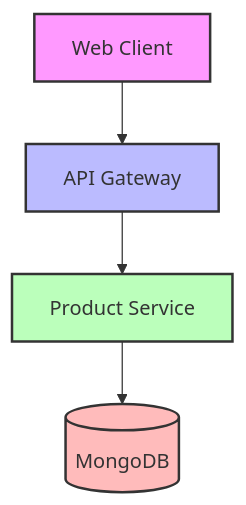
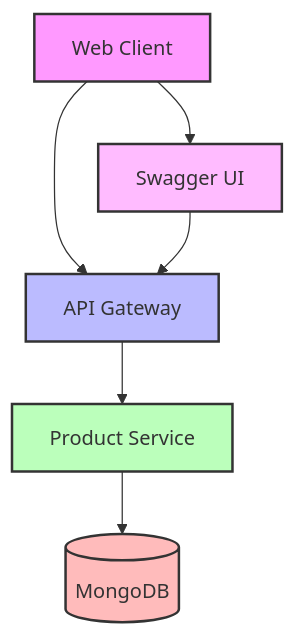
Before and after one commit to onoot/FullNuxtNest: the diagram in README.md, drawn with Mermaid. The commit also changed other lines of this file and 5 other files, not shown here.

````diff
--- a/README.md
+++ b/README.md
@@ -7,11 +7,14 @@
 ```mermaid
 graph TD
     Client[Web Client] --> API[API Gateway]
     API --> ProductService[Product Service]
     ProductService --> MongoDB[(MongoDB)]
+    Client --> Swagger[Swagger UI]
+    Swagger --> API
     
     style Client fill:#f9f,stroke:#333,stroke-width:2px
     style API fill:#bbf,stroke:#333,stroke-width:2px
     style ProductService fill:#bfb,stroke:#333,stroke-width:2px
     style MongoDB fill:#fbb,stroke:#333,stroke-width:2px
+    style Swagger fill:#fbf,stroke:#333,stroke-width:2px
 ```
````
